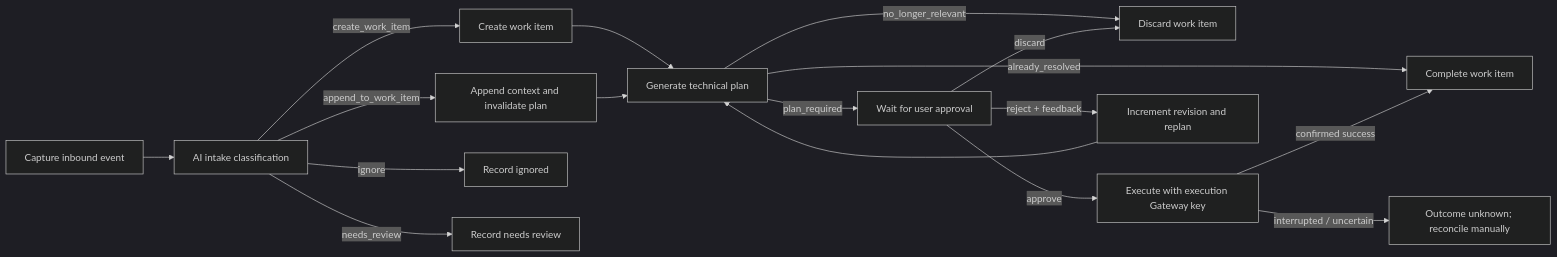
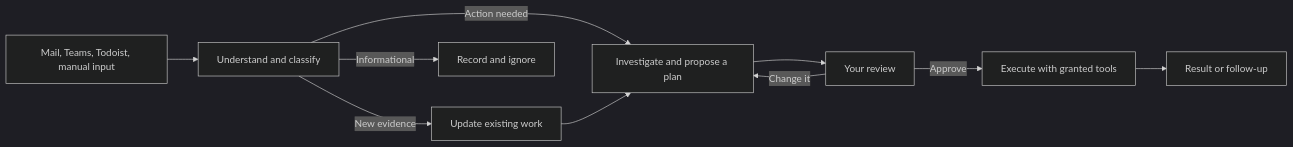
Before and after one commit to MichalTichy/Samwise-Assistant: the diagram in README.md, drawn with Mermaid (dark theme). The commit also changed other lines of this file and 50 other files, not shown here.

````diff
--- a/README.md
+++ b/README.md
@@ -7,19 +13,12 @@
 ```mermaid
 flowchart LR
-    Capture["Capture inbound event"] --> Intake["AI intake classification"]
-    Intake -->|create_work_item| Create["Create work item"]
-    Intake -->|append_to_work_item| Append["Append context and invalidate plan"]
-    Intake -->|ignore| Ignore["Record ignored"]
-    Intake -->|needs_review| Review["Record needs review"]
-    Create --> Plan["Generate technical plan"]
-    Append --> Plan
-    Plan -->|plan_required| Approval["Wait for user approval"]
-    Plan -->|already_resolved| Done["Complete work item"]
-    Plan -->|no_longer_relevant| Discard["Discard work item"]
-    Approval -->|approve| Execute["Execute with execution Gateway key"]
-    Approval -->|reject + feedback| Replan["Increment revision and replan"]
-    Approval -->|discard| Discard["Discard work item"]
-    Replan --> Plan
-    Execute -->|confirmed success| Done["Complete work item"]
-    Execute -->|interrupted / uncertain| Unknown["Outcome unknown; reconcile manually"]
+    Sources["Mail, Teams, Todoist, manual input"] --> Intake["Understand and classify"]
+    Intake -->|"Action needed"| Plan["Investigate and propose a plan"]
+    Intake -->|"New evidence"| Update["Update existing work"]
+    Update --> Plan
+    Intake -->|"Informational"| Ignore["Record and ignore"]
+    Plan --> Review["Your review"]
+    Review -->|"Approve"| Execute["Execute with granted tools"]
+    Review -->|"Change it"| Plan
+    Execute --> Result["Result or follow-up"]
 ```
````
